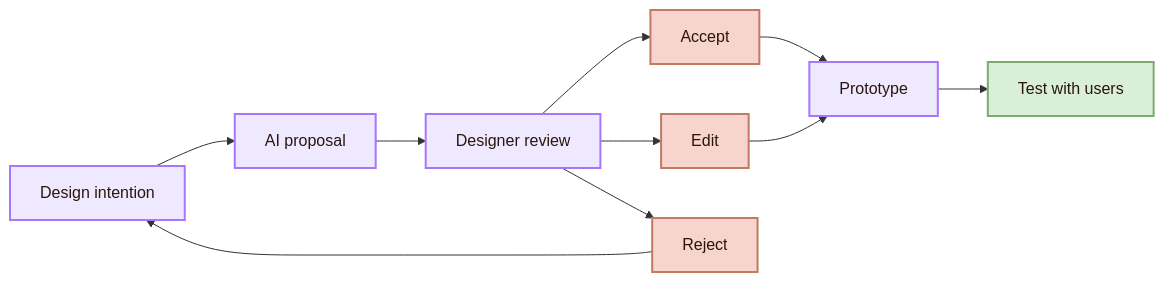
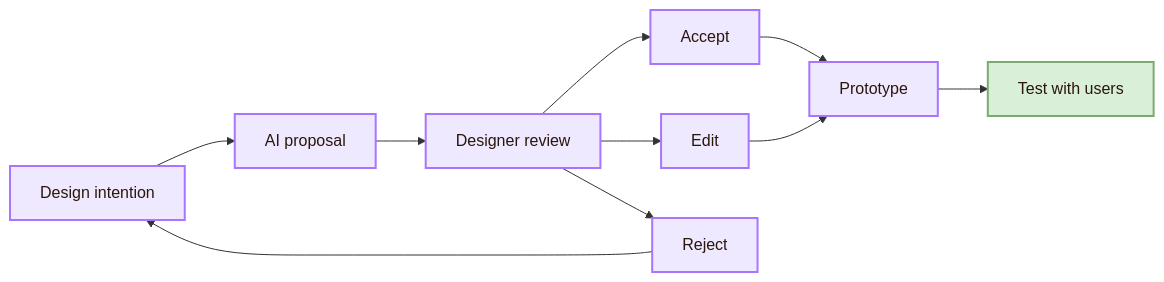
The tenth of 13 diagrams in 01_Core_Area_HCI/001_Subareas/02_System_Design/Open Problems.md (andreitegzes06-ui/CogniShire), drawn with Mermaid before and after one commit. The commit also changed other lines of this file and 131 other files, not shown here.

````diff
--- a/01_Core_Area_HCI/001_Subareas/02_System_Design/Open Problems.md
+++ b/01_Core_Area_HCI/001_Subareas/02_System_Design/Open Problems.md
@@ -408,20 +404,18 @@
 ```mermaid
 flowchart LR
     A[Design intention] --> B[AI proposal]
     B --> C[Designer review]
     C --> D[Accept]
     C --> E[Edit]
     C --> F[Reject]
     D --> G[Prototype]
     E --> G
     F --> A
     G --> H[Test with users]
 
     classDef node fill:#eee9ff,stroke:#a875ff,color:#2b160b,stroke-width:2px;
-    classDef warning fill:#f7d4cd,stroke:#c27a63,color:#2b160b,stroke-width:2px;
     classDef final fill:#d9efd7,stroke:#7cab72,color:#2b160b,stroke-width:2px;
 
     class A,B,C,G node;
-    class D,E,F warning;
     class H final;
 ```
````
